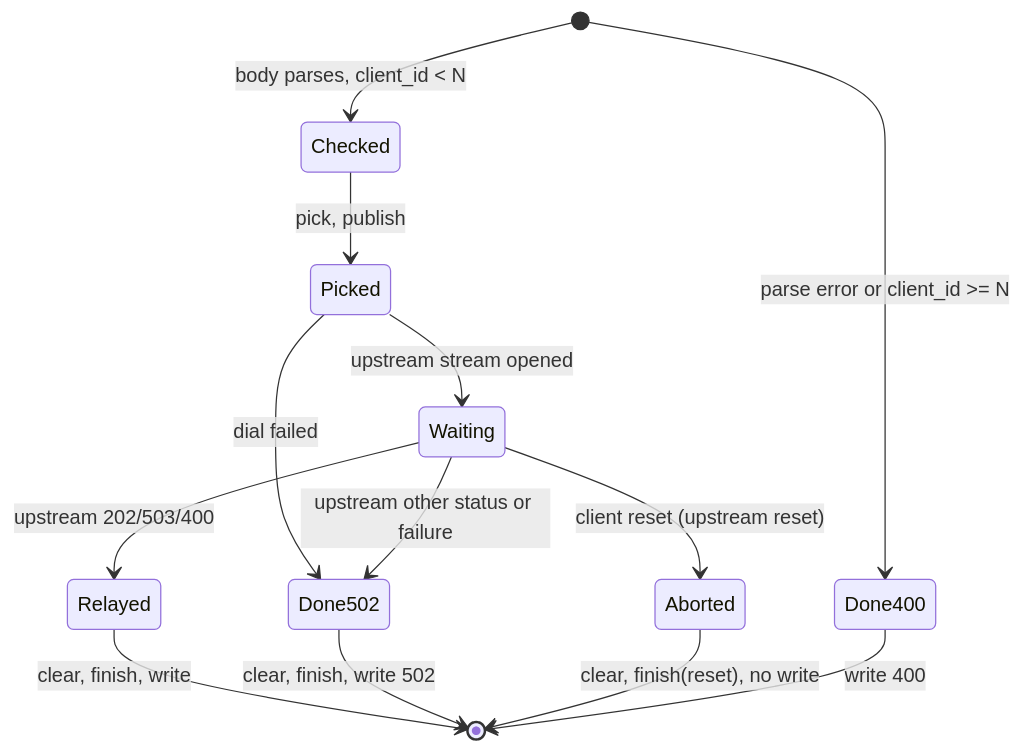
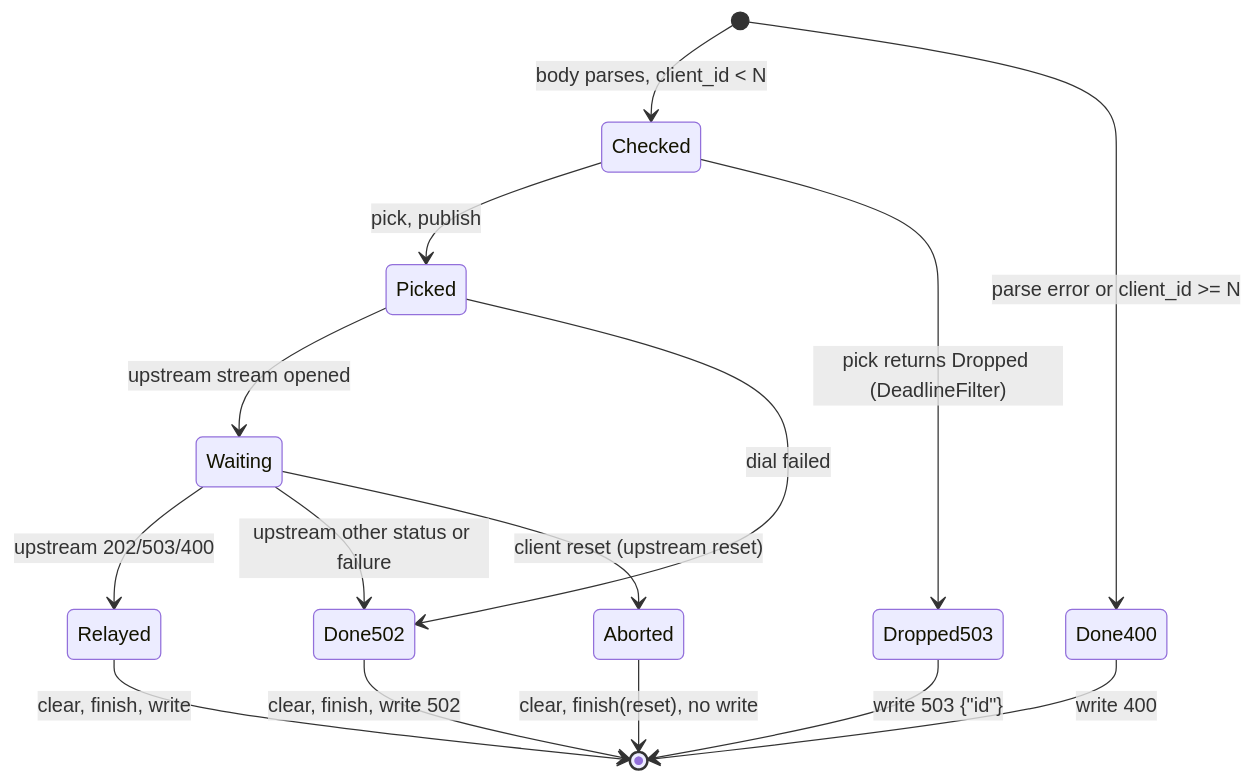
Before and after one commit to grapheo12/metastability-cancellation: the diagram in abstraction/ingress/frontend/design.md, drawn with Mermaid. The commit also changed other lines of this file and 4 other files, not shown here.

First line of the commit message:
[spec] Ingress Frontend: deadline-aware pick and filter drops

````diff
--- a/abstraction/ingress/frontend/design.md
+++ b/abstraction/ingress/frontend/design.md
@@ -111,15 +125,17 @@
 ```mermaid
 stateDiagram-v2
   [*] --> Checked: body parses, client_id < N
   [*] --> Done400: parse error or client_id >= N
   Checked --> Picked: pick, publish
+  Checked --> Dropped503: pick returns Dropped (DeadlineFilter)
   Picked --> Waiting: upstream stream opened
   Picked --> Done502: dial failed
   Waiting --> Relayed: upstream 202/503/400
   Waiting --> Done502: upstream other status or failure
   Waiting --> Aborted: client reset (upstream reset)
   Relayed --> [*]: clear, finish, write
   Done502 --> [*]: clear, finish, write 502
   Aborted --> [*]: clear, finish(reset), no write
   Done400 --> [*]: write 400
+  Dropped503 --> [*]: write 503 {"id"}
 ```
````
